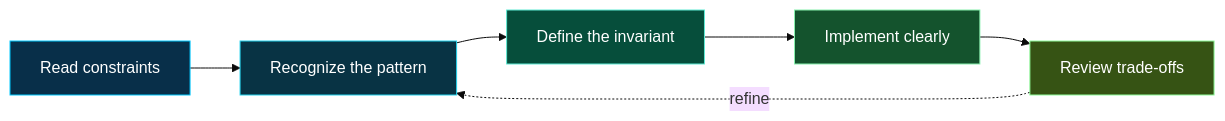
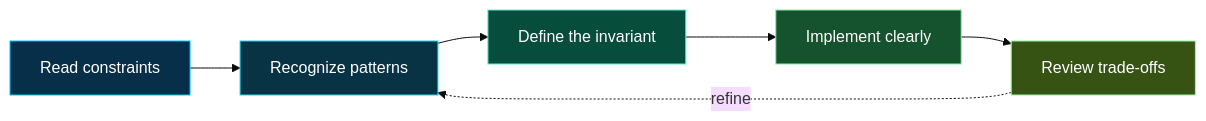
Before and after one commit to RishabhRaj120/LeetCode-Solutions: the second of 2 diagrams in README.md, drawn with Mermaid (base theme). The commit also changed other lines of this file, not shown here.

````diff
--- a/README.md
+++ b/README.md
@@ -56,14 +137,14 @@
 ```mermaid
 flowchart LR
-    A["Read constraints"] --> B["Recognize the pattern"]
+    A["Read constraints"] --> B["Recognize patterns"]
     B --> C["Define the invariant"]
     C --> D["Implement clearly"]
     D --> E["Review trade-offs"]
     E -. "refine" .-> B
 
     style A fill:#082f49,stroke:#00C9FF,color:#ffffff
     style B fill:#083344,stroke:#22d3ee,color:#ffffff
     style C fill:#064e3b,stroke:#5eead4,color:#ffffff
     style D fill:#14532d,stroke:#86efac,color:#ffffff
     style E fill:#365314,stroke:#92FE9D,color:#ffffff
 ```
````
